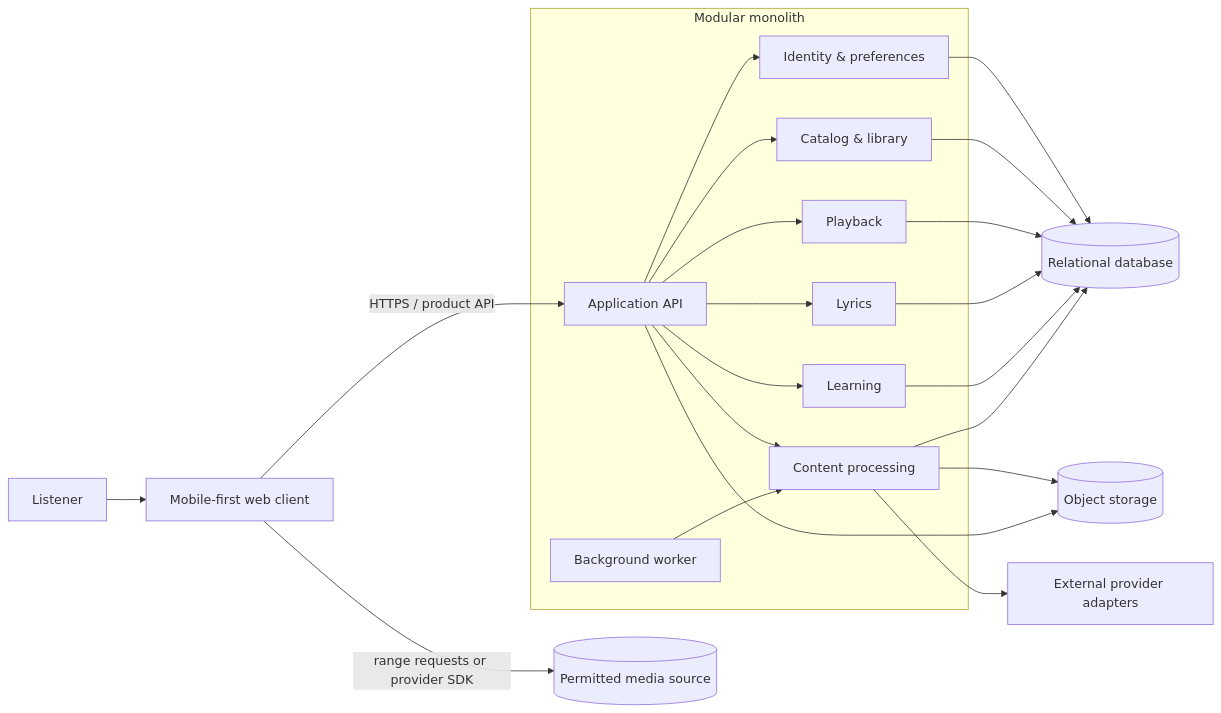
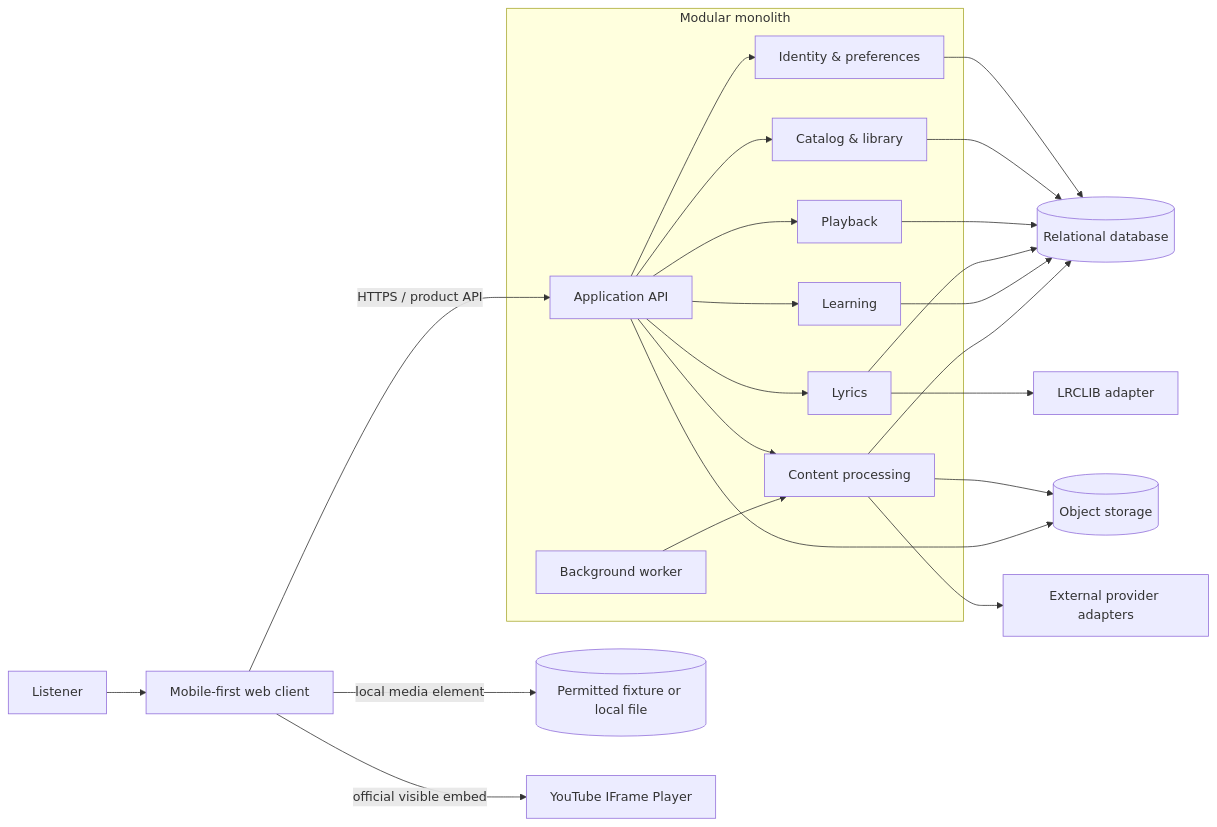
One commit to ZackRoland/utastream changed the diagram in docs/architecture/initial-architecture.md. Above: the diagram before and after it, drawn with Mermaid. The commit also changed other lines of this file and 11 other files, not shown here.

````diff
--- a/docs/architecture/initial-architecture.md
+++ b/docs/architecture/initial-architecture.md
@@ -26,26 +26,28 @@
 ```mermaid
 flowchart LR
     U[Listener] --> W[Mobile-first web client]
     W -->|HTTPS / product API| A[Application API]
-    W -->|range requests or provider SDK| M[(Permitted media source)]
+    W -->|local media element| M[(Permitted fixture or local file)]
+    W -->|official visible embed| Y[YouTube IFrame Player]
 
     subgraph Modular monolith
       A --> I[Identity & preferences]
       A --> C[Catalog & library]
       A --> P[Playback]
       A --> L[Lyrics]
       A --> E[Learning]
       A --> J[Content processing]
       Q[Background worker] --> J
     end
 
     I --> D[(Relational database)]
     C --> D
     P --> D
     L --> D
     E --> D
     J --> D
     J --> O[(Object storage)]
     J --> X[External provider adapters]
+    L --> R[LRCLIB adapter]
     A --> O
 ```
````
